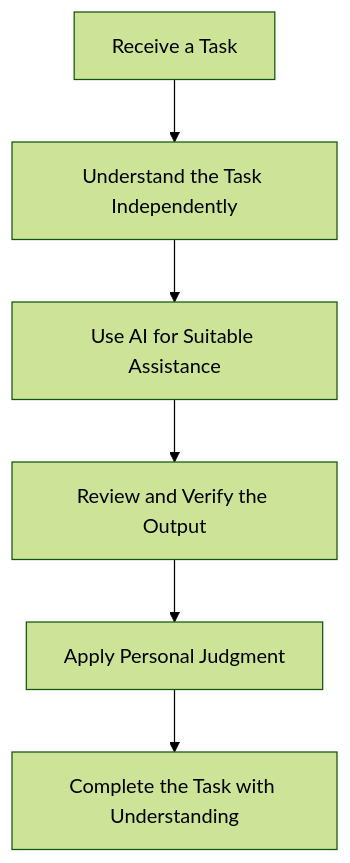
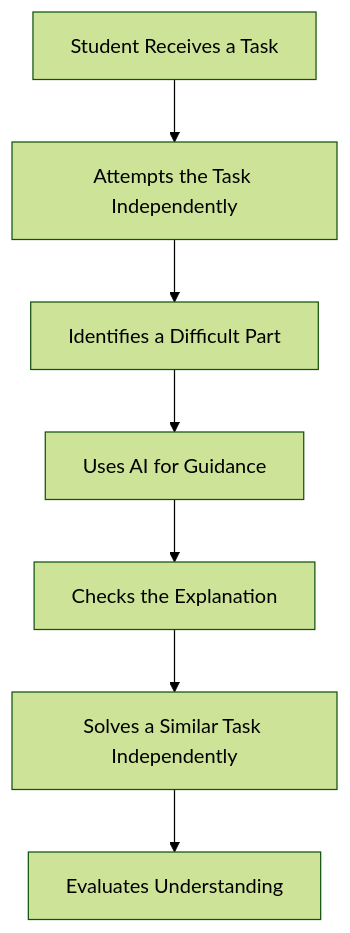
The fourth of 5 diagrams in content/04_benefits-limitations-challenges.md (NicolausLionel/SLN), drawn with Mermaid (forest theme) before and after one commit. The commit also changed other lines of this file, not shown here.

````diff
--- a/content/04_benefits-limitations-challenges.md
+++ b/content/04_benefits-limitations-challenges.md
@@ -948,8 +543,9 @@
 ```mermaid
 flowchart TD
-    A["Receive a Task"] --> B["Understand the Task Independently"]
-    B --> C["Use AI for Suitable Assistance"]
-    C --> D["Review and Verify the Output"]
-    D --> E["Apply Personal Judgment"]
-    E --> F["Complete the Task with Understanding"]
+    A[Student Receives a Task] --> B[Attempts the Task Independently]
+    B --> C[Identifies a Difficult Part]
+    C --> D[Uses AI for Guidance]
+    D --> E[Checks the Explanation]
+    E --> F[Solves a Similar Task Independently]
+    F --> G[Evaluates Understanding]
 ```
````
